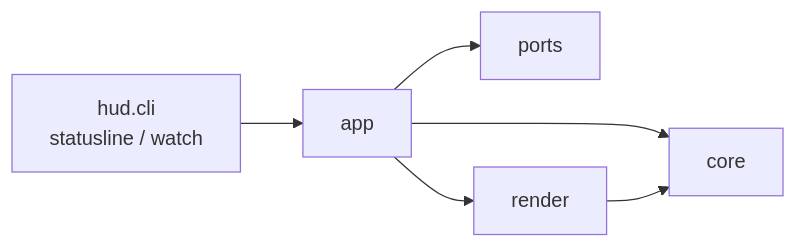
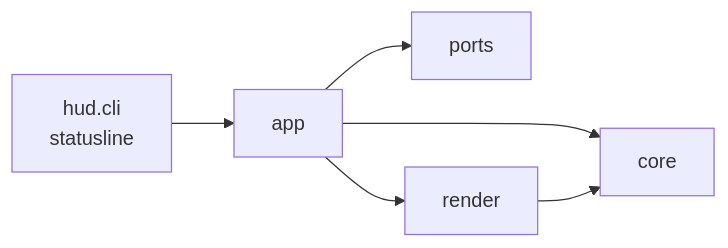
One commit to Luna-rab/agent-toolkit changed the diagram in docs/claude.md. Above: the diagram before and after it, drawn with Mermaid. The commit also changed other lines of this file and 404 other files, not shown here.

````diff
--- a/docs/claude.md
+++ b/docs/claude.md
@@ -196,8 +81,8 @@
 ```mermaid
 flowchart LR
-    entry["hud.cli<br/>statusline / watch"] --> app
+    entry["hud.cli<br/>statusline"] --> app
     app --> ports
     app --> render
     app --> core
     render --> core
 ```
````
